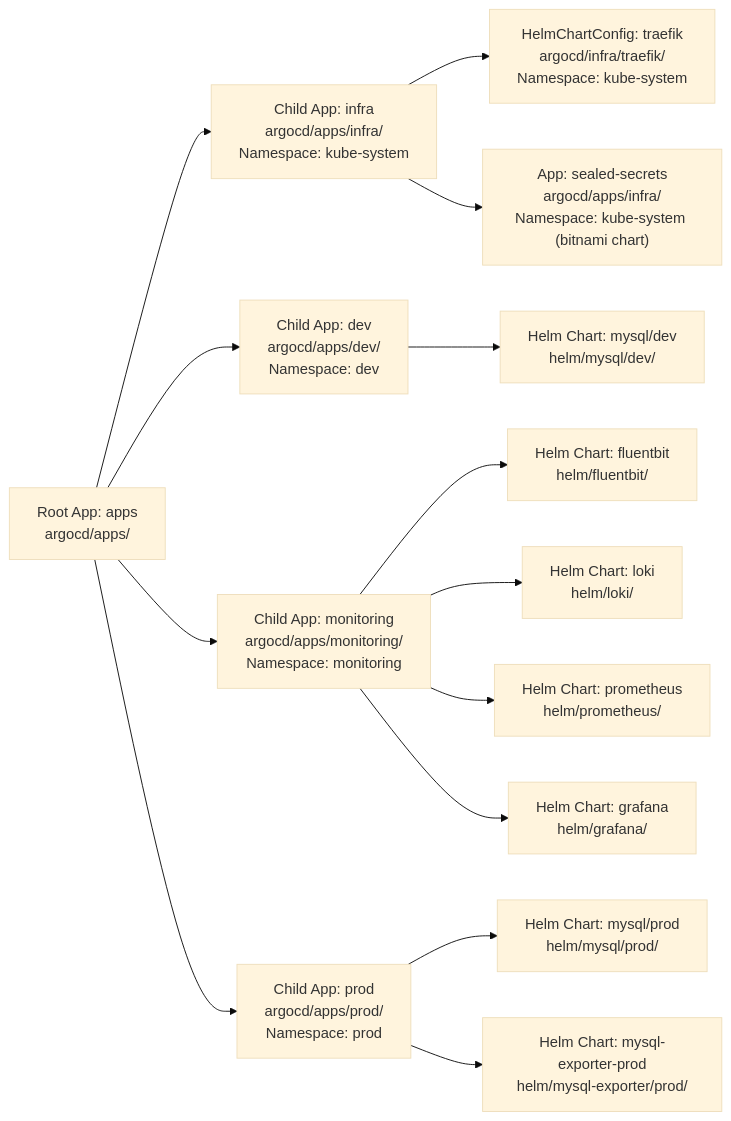
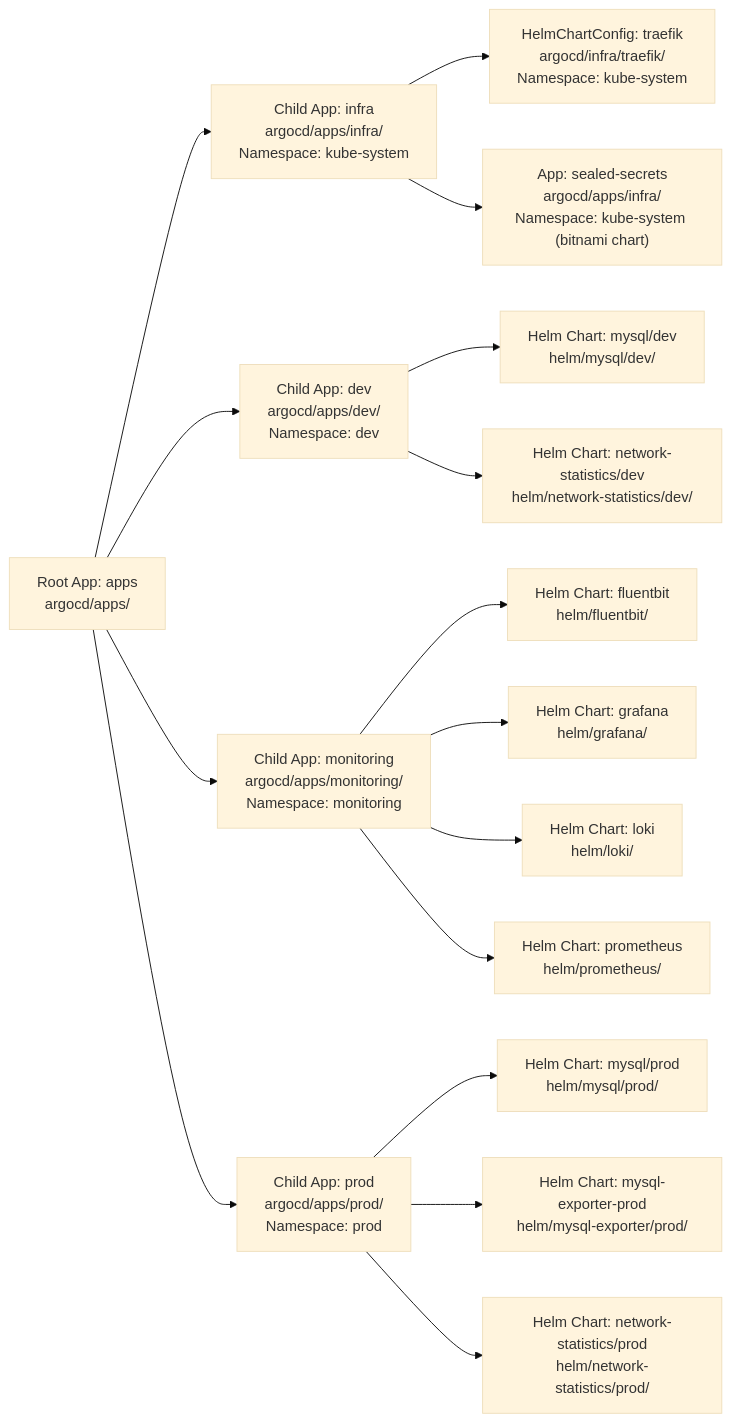
One commit to minhntt1/local-infra changed the diagram in argocd/README.md. Above: the diagram before and after it, drawn with Mermaid (base theme). The commit also changed other lines of this file, not shown here.

First line of the commit message:
docs: enrich argocd README with network-statistics, status, and guide reference

````diff
--- a/argocd/README.md
+++ b/argocd/README.md
@@ -25,17 +25,19 @@
 ```mermaid
 flowchart LR
     ROOT["Root App: apps\nargocd/apps/"] --> INFRA["Child App: infra\nargocd/apps/infra/\nNamespace: kube-system"]
     ROOT --> DEV["Child App: dev\nargocd/apps/dev/\nNamespace: dev"]
     ROOT --> MON["Child App: monitoring\nargocd/apps/monitoring/\nNamespace: monitoring"]
     ROOT --> PROD["Child App: prod\nargocd/apps/prod/\nNamespace: prod"]
 
     INFRA --> TRAEFIK_CFG["HelmChartConfig: traefik\nargocd/infra/traefik/\nNamespace: kube-system"]
     INFRA --> SEALED["App: sealed-secrets\nargocd/apps/infra/\nNamespace: kube-system (bitnami chart)"]
-    DEV --> MYSQL["Helm Chart: mysql/dev\nhelm/mysql/dev/"]
+    DEV --> MYSQL_DEV["Helm Chart: mysql/dev\nhelm/mysql/dev/"]
+    DEV --> NETSTATS_DEV["Helm Chart: network-statistics/dev\nhelm/network-statistics/dev/"]
     MON --> FB["Helm Chart: fluentbit\nhelm/fluentbit/"]
+    MON --> GRAFANA["Helm Chart: grafana\nhelm/grafana/"]
     MON --> LOKI["Helm Chart: loki\nhelm/loki/"]
     MON --> PROM["Helm Chart: prometheus\nhelm/prometheus/"]
     PROD --> MYSQL_PROD["Helm Chart: mysql/prod\nhelm/mysql/prod/"]
     PROD --> MYSQL_EXPORTER["Helm Chart: mysql-exporter-prod\nhelm/mysql-exporter/prod/"]
-    MON --> GRAFANA["Helm Chart: grafana\nhelm/grafana/"]
+    PROD --> NETSTATS_PROD["Helm Chart: network-statistics/prod\nhelm/network-statistics/prod/"]
 ```
````
